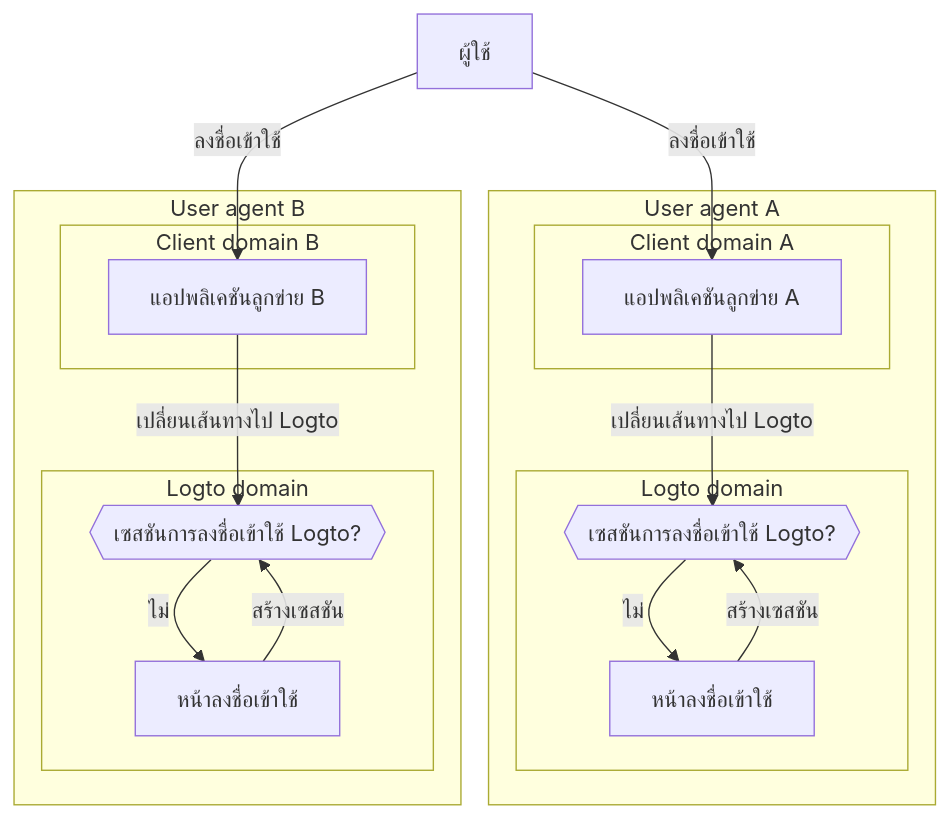
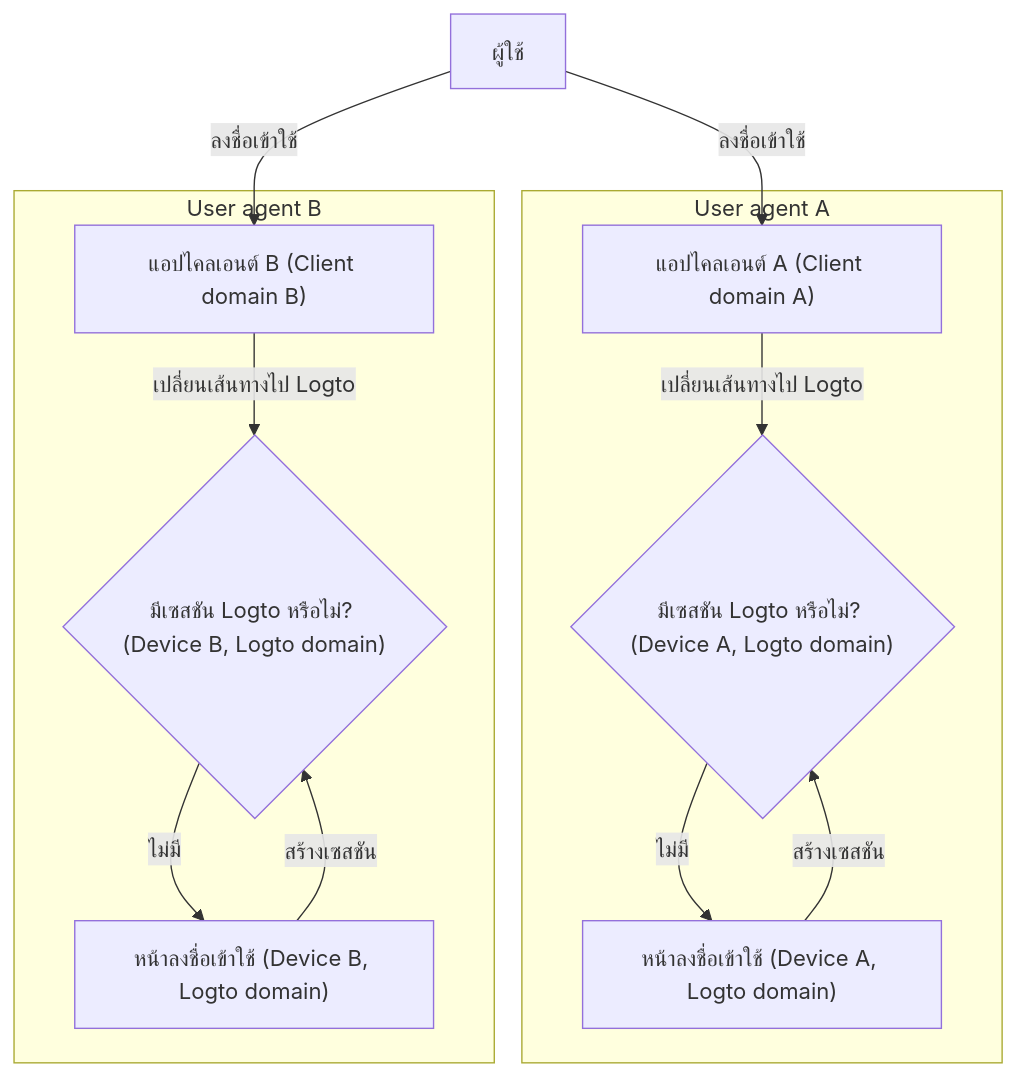
The fourth of 5 diagrams in i18n/th/docusaurus-plugin-content-docs/current/end-user-flows/sign-out.mdx (logto-io/docs), drawn with Mermaid before and after one commit. The commit also changed other lines of this file and 74 other files, not shown here.

````diff
--- a/i18n/th/docusaurus-plugin-content-docs/current/end-user-flows/sign-out.mdx
+++ b/i18n/th/docusaurus-plugin-content-docs/current/end-user-flows/sign-out.mdx
@@ -89,35 +121,32 @@
-   ```mermaid
-    flowchart TD
-    U[ผู้ใช้]
+```mermaid
+flowchart TD
+  U[ผู้ใช้]
+  A["แอปไคลเอนต์ A (Client domain A)"]
+  C{"มีเซสชัน Logto หรือไม่? (Device A, Logto domain)"}
+  D["หน้าลงชื่อเข้าใช้ (Device A, Logto domain)"]
 
-    subgraph DeviceA [User agent A]
-      subgraph Layer1 [Client domain A]
-        A[แอปพลิเคชันลูกข่าย A]
-      end
+  subgraph DeviceA["User agent A"]
+    A
+    C
+    D
+  end
 
-      subgraph Layer2 [Logto domain]
-          C{{เซสชันการลงชื่อเข้าใช้ Logto?}}
-          D[หน้าลงชื่อเข้าใช้]
-      end
-    end
+  B["แอปไคลเอนต์ B (Client domain B)"]
+  E{"มีเซสชัน Logto หรือไม่? (Device B, Logto domain)"}
+  F["หน้าลงชื่อเข้าใช้ (Device B, Logto domain)"]
 
-    subgraph DeviceB [User agent B]
-      subgraph Layer3 [Client domain B]
-        B[แอปพลิเคชันลูกข่าย B]
-      end
+  subgraph DeviceB["User agent B"]
+    B
+    E
+    F
+  end
 
-      subgraph Layer4 [Logto domain]
-          E{{เซสชันการลงชื่อเข้าใช้ Logto?}}
-          F[หน้าลงชื่อเข้าใช้]
-      end
-    end
-
-    U --> |ลงชื่อเข้าใช้| A
-    A --> |เปลี่ยนเส้นทางไป Logto| C
-    U --> |ลงชื่อเข้าใช้| B
-    B --> |เปลี่ยนเส้นทางไป Logto| E
-    C --> |ไม่| D
-    E --> |ไม่| F
-    D --> |สร้างเซสชัน| C
-    F --> |สร้างเซสชัน| E
-   ```
+  U -->|ลงชื่อเข้าใช้| A
+  A -->|เปลี่ยนเส้นทางไป Logto| C
+  U -->|ลงชื่อเข้าใช้| B
+  B -->|เปลี่ยนเส้นทางไป Logto| E
+  C -->|ไม่มี| D
+  E -->|ไม่มี| F
+  D -->|สร้างเซสชัน| C
+  F -->|สร้างเซสชัน| E
+```
````
